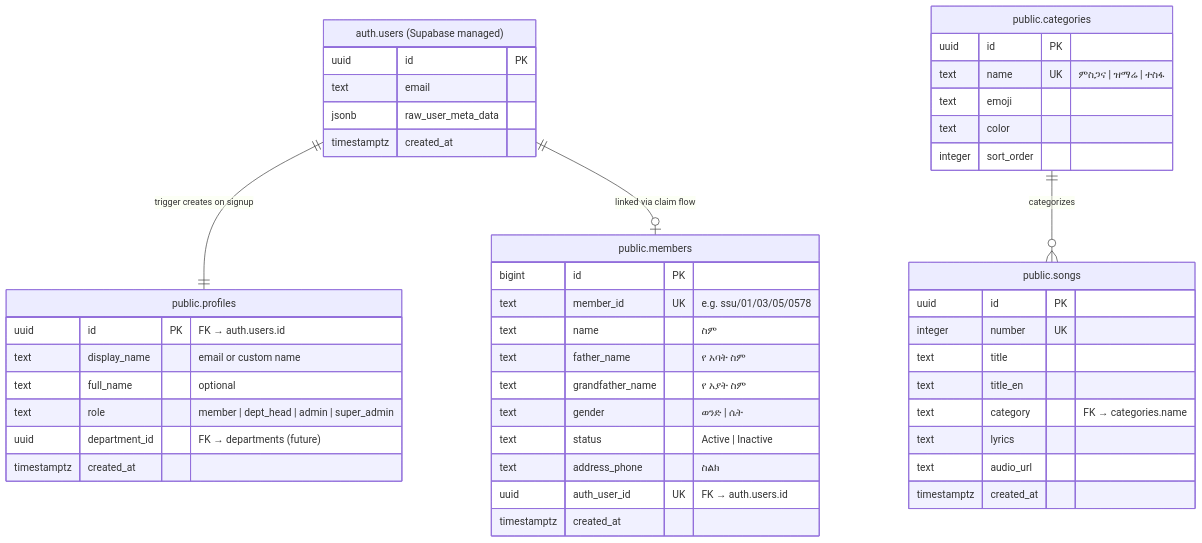
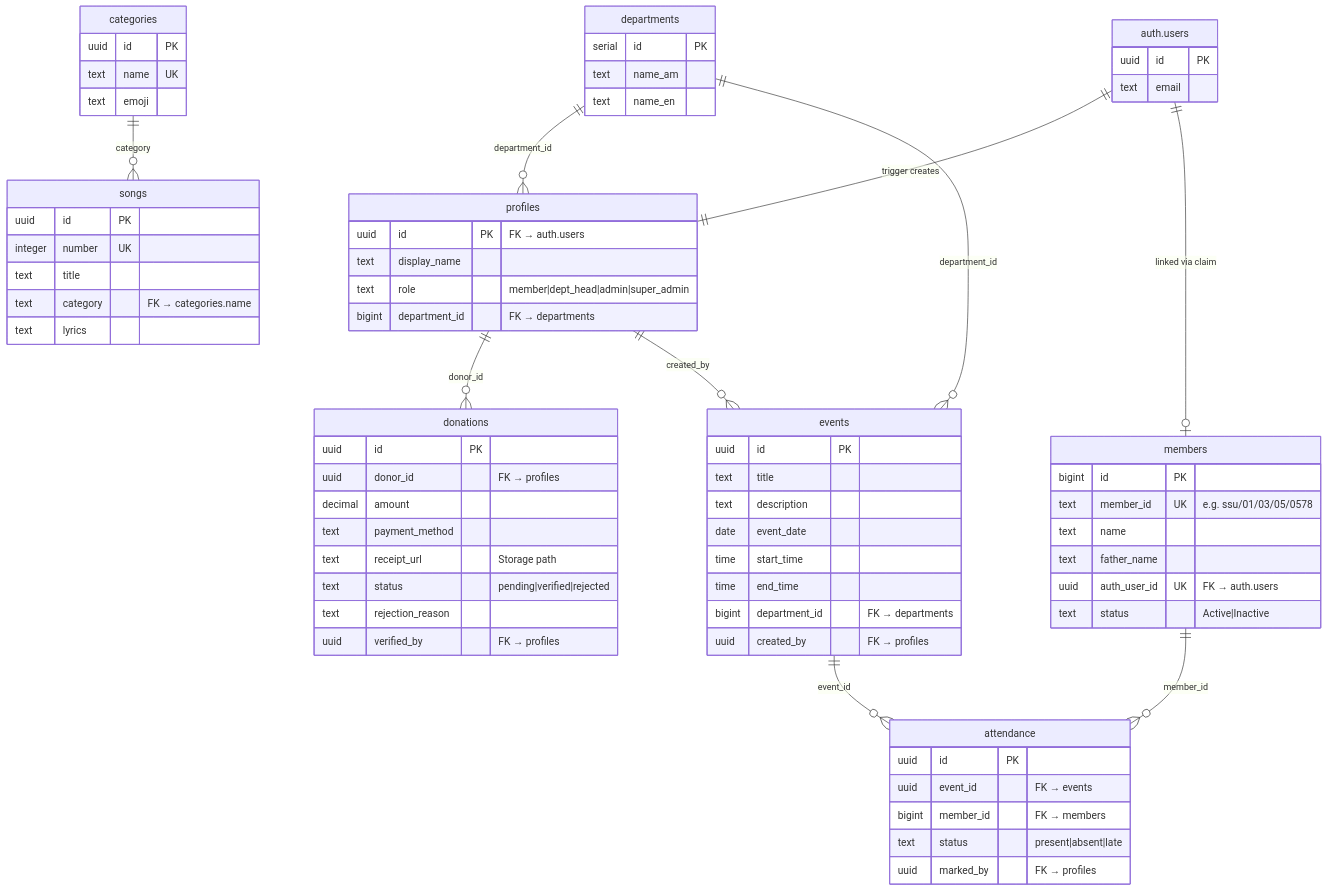
The diagram in docs/database.md (Felege-Yordanos-Tech-Team/felege-yordanos-app), drawn with Mermaid before and after one commit. The commit also changed other lines of this file and 5 other files, not shown here.

````diff
--- a/docs/database.md
+++ b/docs/database.md
@@ -9,54 +9,83 @@
 ```mermaid
 erDiagram
-    AUTH_USERS["auth.users (Supabase managed)"] {
+    AUTH_USERS["auth.users"] {
         uuid id PK
         text email
-        jsonb raw_user_meta_data
-        timestamptz created_at
     }
 
-    PROFILES["public.profiles"] {
-        uuid id PK "FK → auth.users.id"
-        text display_name "email or custom name"
-        text full_name "optional"
-        text role "member | dept_head | admin | super_admin"
-        uuid department_id "FK → departments (future)"
-        timestamptz created_at
+    PROFILES["profiles"] {
+        uuid id PK "FK → auth.users"
+        text display_name
+        text role "member|dept_head|admin|super_admin"
+        bigint department_id "FK → departments"
     }
 
-    MEMBERS["public.members"] {
+    MEMBERS["members"] {
         bigint id PK
         text member_id UK "e.g. ssu/01/03/05/0578"
-        text name "ስም"
-        text father_name "የ አባት ስም"
-        text grandfather_name "የ አያት ስም"
-        text gender "ወንድ | ሴት"
-        text status "Active | Inactive"
-        text address_phone "ስልክ"
-        uuid auth_user_id UK "FK → auth.users.id"
-        timestamptz created_at
+        text name
+        text father_name
+        uuid auth_user_id UK "FK → auth.users"
+        text status "Active|Inactive"
     }
 
-    CATEGORIES["public.categories"] {
-        uuid id PK
-        text name UK "ምስጋና | ዝማሬ | ተስፋ"
-        text emoji
-        text color
-        integer sort_order
+    DEPARTMENTS["departments"] {
+        serial id PK
+        text name_am
+        text name_en
     }
 
-    SONGS["public.songs"] {
+    CATEGORIES["categories"] {
+        uuid id PK
+        text name UK
+        text emoji
+    }
+
+    SONGS["songs"] {
         uuid id PK
         integer number UK
         text title
-        text title_en
         text category "FK → categories.name"
         text lyrics
-        text audio_url
-        timestamptz created_at
     }
 
-    AUTH_USERS ||--|| PROFILES : "trigger creates on signup"
-    AUTH_USERS ||--o| MEMBERS : "linked via claim flow"
-    CATEGORIES ||--o{ SONGS : "categorizes"
+    EVENTS["events"] {
+        uuid id PK
+        text title
+        text description
+        date event_date
+        time start_time
+        time end_time
+        bigint department_id "FK → departments"
+        uuid created_by "FK → profiles"
+    }
+
+    ATTENDANCE["attendance"] {
+        uuid id PK
+        uuid event_id "FK → events"
+        bigint member_id "FK → members"
+        text status "present|absent|late"
+        uuid marked_by "FK → profiles"
+    }
+
+    DONATIONS["donations"] {
+        uuid id PK
+        uuid donor_id "FK → profiles"
+        decimal amount
+        text payment_method
+        text receipt_url "Storage path"
+        text status "pending|verified|rejected"
+        text rejection_reason
+        uuid verified_by "FK → profiles"
+    }
+
+    AUTH_USERS ||--|| PROFILES : "trigger creates"
+    AUTH_USERS ||--o| MEMBERS : "linked via claim"
+    DEPARTMENTS ||--o{ PROFILES : "department_id"
+    DEPARTMENTS ||--o{ EVENTS : "department_id"
+    CATEGORIES ||--o{ SONGS : "category"
+    EVENTS ||--o{ ATTENDANCE : "event_id"
+    MEMBERS ||--o{ ATTENDANCE : "member_id"
+    PROFILES ||--o{ DONATIONS : "donor_id"
+    PROFILES ||--o{ EVENTS : "created_by"
 ```
````
